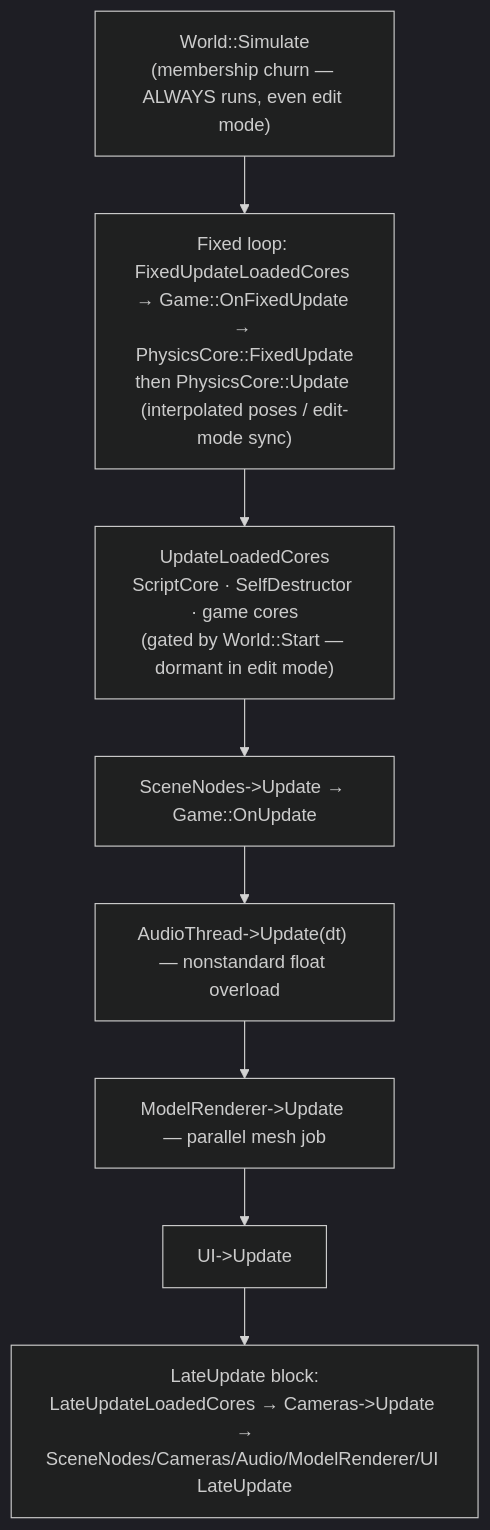
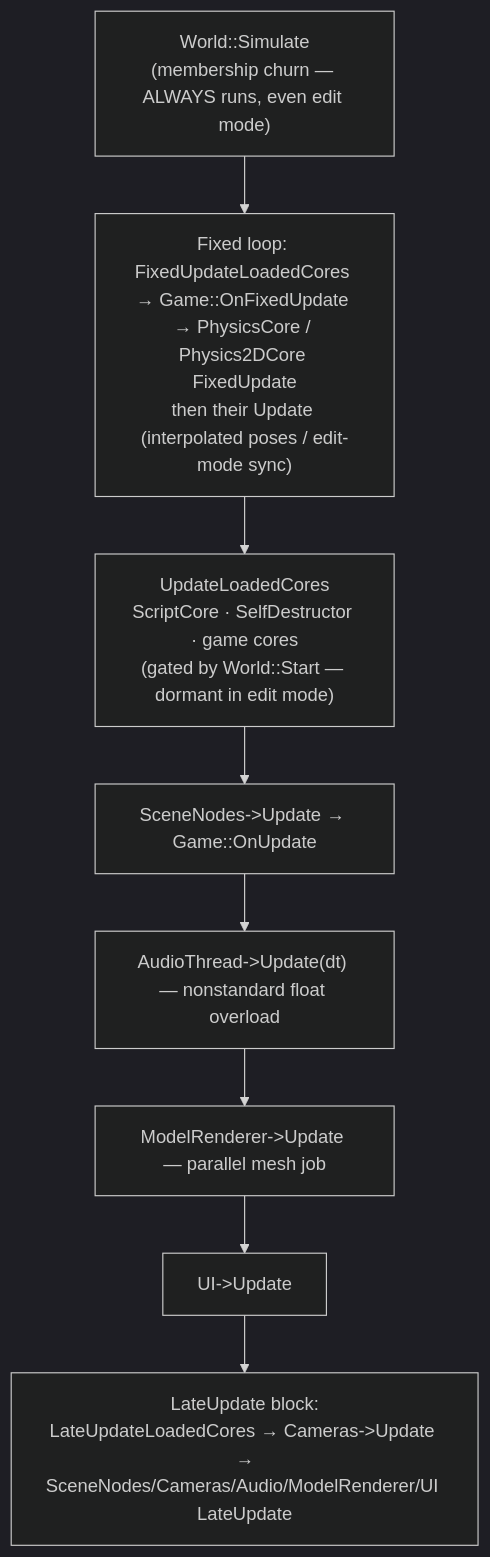
Before and after one commit to wobbier/MitchEngine: the diagram in Docs/Cores-and-Components-Reference.md, drawn with Mermaid (dark theme). The commit also changed other lines of this file and 6 other files, not shown here.

First line of the commit message:
📚 Physics docs: Box2D core, joint convention, Teleport

````diff
--- a/Docs/Cores-and-Components-Reference.md
+++ b/Docs/Cores-and-Components-Reference.md
@@ -29,10 +30,10 @@
 ```mermaid
 flowchart TD
-    A["World::Simulate<br/>(membership churn — ALWAYS runs, even edit mode)"] --> P["Fixed loop: FixedUpdateLoadedCores → Game::OnFixedUpdate → PhysicsCore::FixedUpdate<br/>then PhysicsCore::Update (interpolated poses / edit-mode sync)"]
+    A["World::Simulate<br/>(membership churn — ALWAYS runs, even edit mode)"] --> P["Fixed loop: FixedUpdateLoadedCores → Game::OnFixedUpdate → PhysicsCore / Physics2DCore FixedUpdate<br/>then their Update (interpolated poses / edit-mode sync)"]
     P --> B["UpdateLoadedCores<br/>ScriptCore · SelfDestructor · game cores<br/>(gated by World::Start — dormant in edit mode)"]
     B --> C["SceneNodes->Update → Game::OnUpdate"]
     C --> D["AudioThread->Update(dt) — nonstandard float overload"]
     D --> E["ModelRenderer->Update — parallel mesh job"]
     E --> F["UI->Update"]
     F --> G["LateUpdate block:<br/>LateUpdateLoadedCores → Cameras->Update →<br/>SceneNodes/Cameras/Audio/ModelRenderer/UI LateUpdate"]
 ```
````
